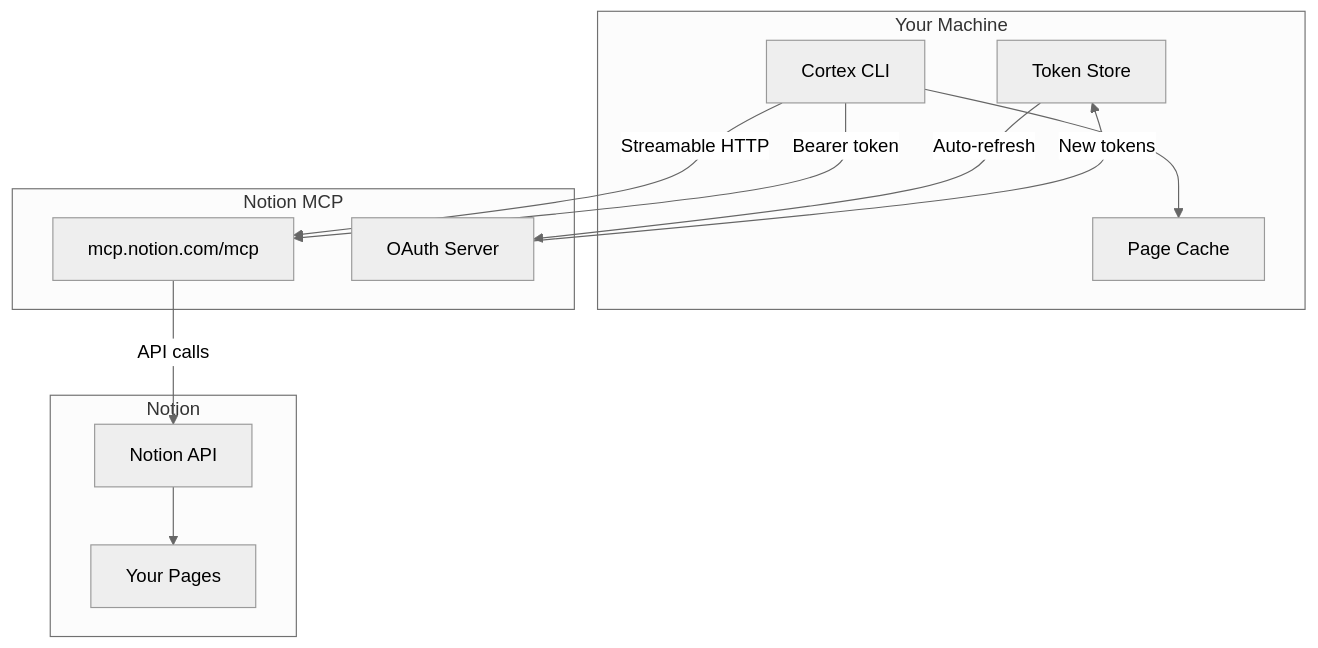
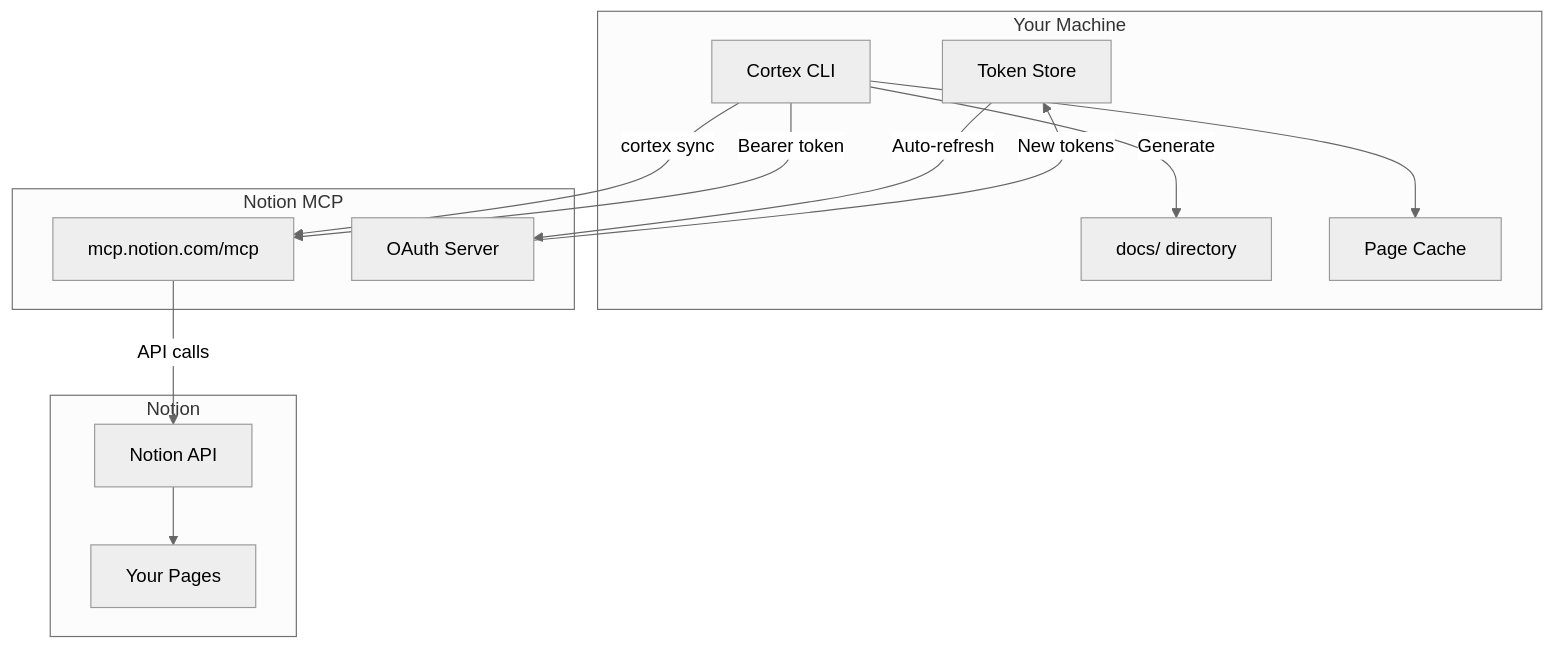
Before and after one commit to sarupurisailalith/codebase-cortex: the first of 4 diagrams in docs/notion-integration.md, drawn with Mermaid (neutral theme). The commit also changed other lines of this file and 8 other files, not shown here.

````diff
--- a/docs/notion-integration.md
+++ b/docs/notion-integration.md
@@ -7,26 +41,28 @@
 ```mermaid
 graph TB
     subgraph "Your Machine"
         CORTEX[Cortex CLI]
+        DOCS[docs/ directory]
         TOKENS[Token Store]
         CACHE[Page Cache]
     end
 
     subgraph "Notion MCP"
         MCP_SERVER[mcp.notion.com/mcp]
         OAUTH[OAuth Server]
     end
 
     subgraph "Notion"
         API[Notion API]
         PAGES[Your Pages]
     end
 
-    CORTEX -->|Streamable HTTP| MCP_SERVER
+    CORTEX -->|Generate| DOCS
+    CORTEX -->|cortex sync| MCP_SERVER
     MCP_SERVER -->|API calls| API
     API --> PAGES
     CORTEX -->|Bearer token| MCP_SERVER
     TOKENS -->|Auto-refresh| OAUTH
     OAUTH -->|New tokens| TOKENS
     CORTEX --> CACHE
 ```
````
